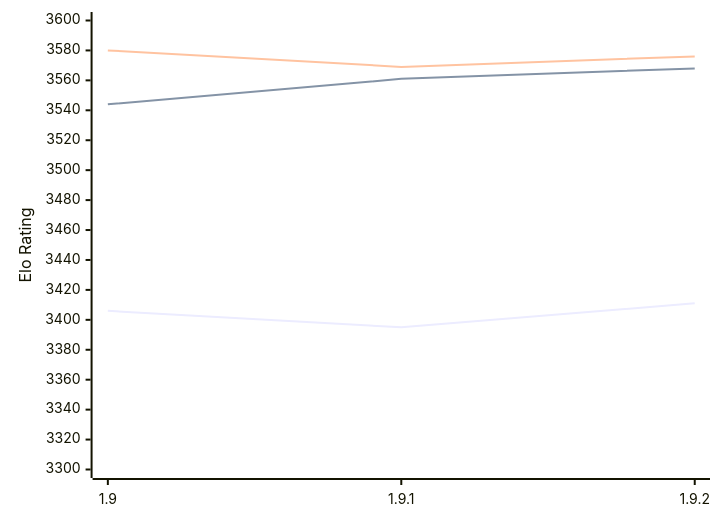
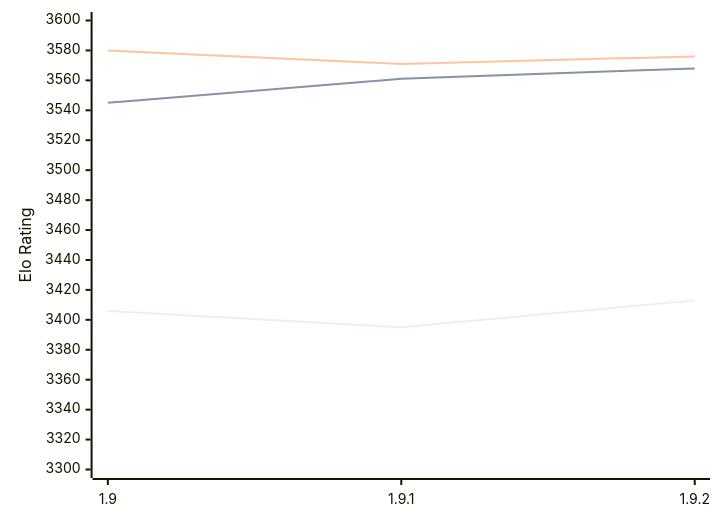
Before and after one commit to computer-chess-index/cci: the diagram in engines/Pawnocchio.md, drawn with Mermaid. The commit also changed other lines of this file, not shown here.

Commit message:
Update CCI Ratings (ELO VLTC) - 2026-02-12

````diff
--- a/engines/Pawnocchio.md
+++ b/engines/Pawnocchio.md
@@ -45,9 +45,9 @@
 ```mermaid
 %%{init: {"theme":"base","themeVariables":{"seriesColors:['#a3a3a3','#222221','#faa371']}}}%%
 xychart-beta
   x-axis ["1.9", "1.9.1", "1.9.2"]
   y-axis "Elo Rating" 3300 --> 3600
-  line "STC (8.0+0.08s)" [3406, 3395, 3411]
-  line "LTC (60.0+0.60s)" [3544, 3561, 3568]
-  line "VLTC (2m24s+1.12s)" [3580, 3569, 3576]
+  line "STC (8.0+0.08s)" [3406, 3395, 3413]
+  line "LTC (60.0+0.60s)" [3545, 3561, 3568]
+  line "VLTC (2m24s+1.12s)" [3580, 3571, 3576]
 ```
````
